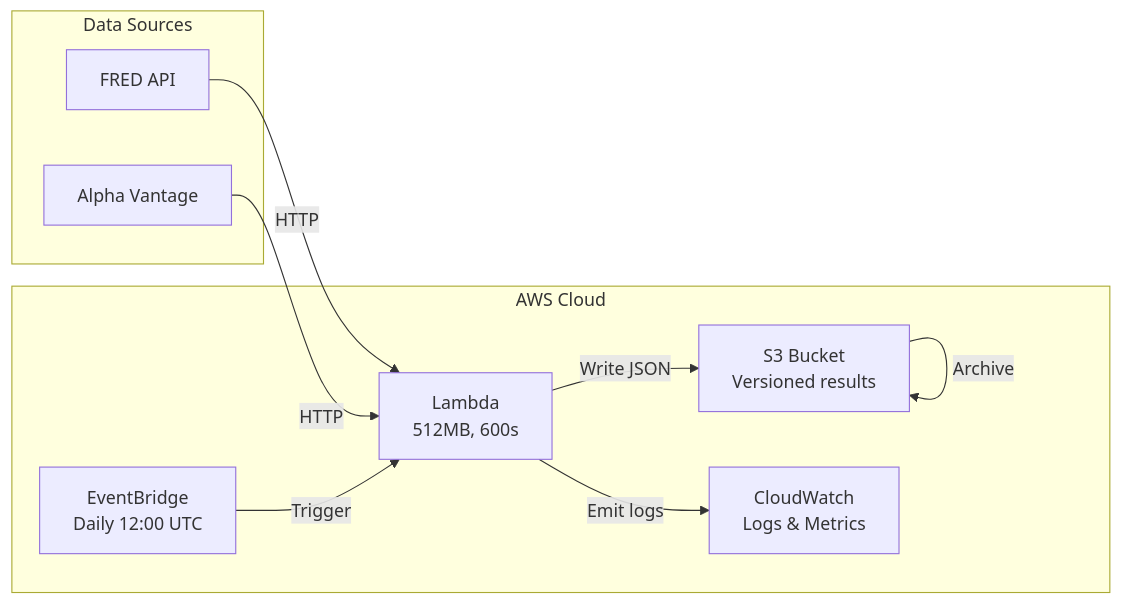
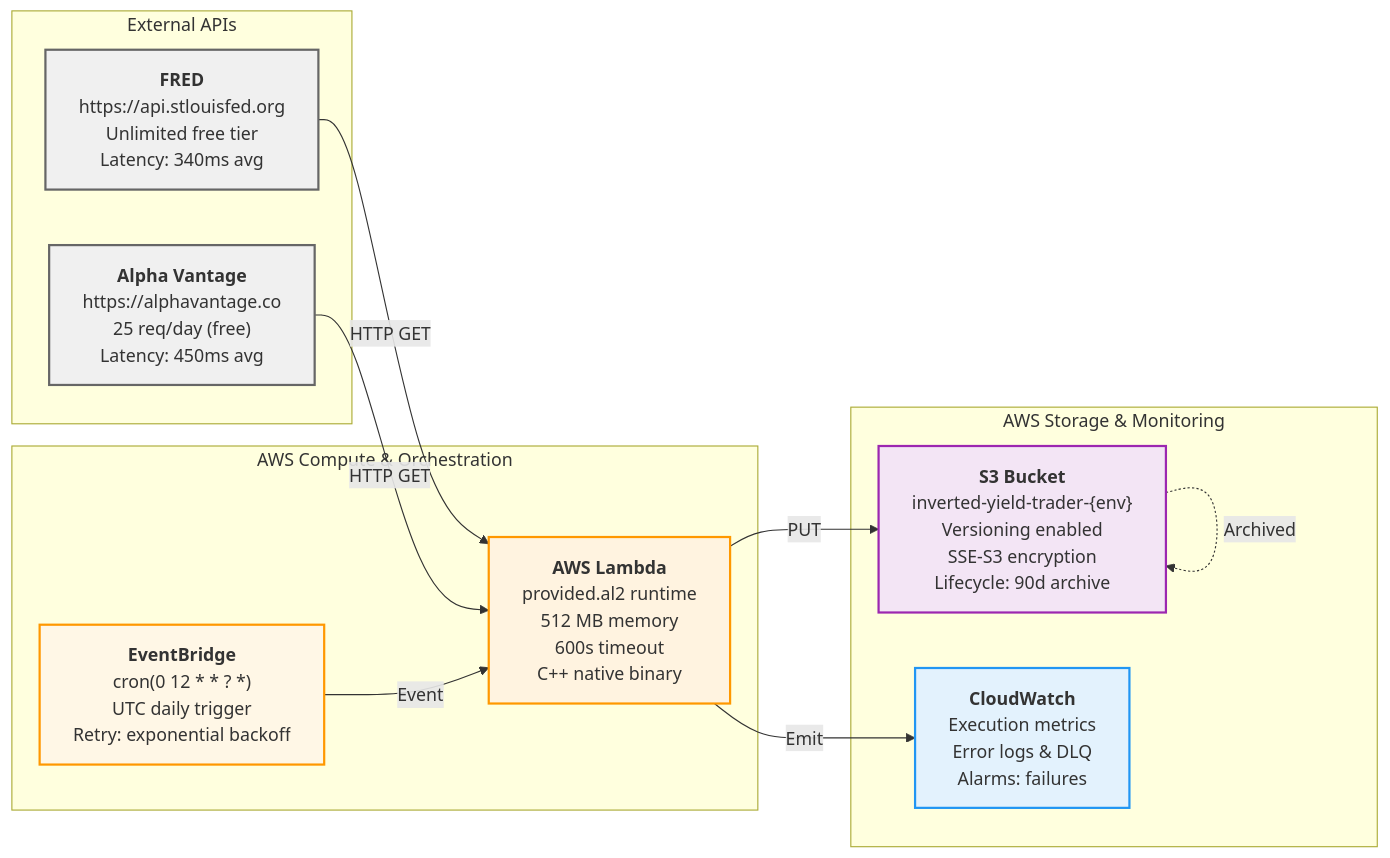
The third of 3 diagrams in README.md (RyanJHamby/InvertedYieldCurveTrader), drawn with Mermaid before and after one commit. The commit also changed other lines of this file, not shown here.

Commit message:
Clean up diagram for high level architecture

````diff
--- a/README.md
+++ b/README.md
@@ -144,21 +172,31 @@
 ```mermaid
 graph LR
-    subgraph "Data Sources"
-        FRED["FRED API"]
-        AV["Alpha Vantage"]
+    subgraph "External APIs"
+        FRED["<b>FRED</b><br/>https://api.stlouisfed.org<br/>Unlimited free tier<br/>Latency: 340ms avg"]
+        AV["<b>Alpha Vantage</b><br/>https://alphavantage.co<br/>25 req/day (free)<br/>Latency: 450ms avg"]
     end
 
-    subgraph "AWS Cloud"
-        EB["EventBridge<br/>Daily 12:00 UTC"]
-        Lambda["Lambda<br/>512MB, 600s"]
-        S3["S3 Bucket<br/>Versioned results"]
-        CW["CloudWatch<br/>Logs & Metrics"]
+    subgraph "AWS Compute & Orchestration"
+        EB["<b>EventBridge</b><br/>cron(0 12 * * ? *)<br/>UTC daily trigger<br/>Retry: exponential backoff"]
+        Lambda["<b>AWS Lambda</b><br/>provided.al2 runtime<br/>512 MB memory<br/>600s timeout<br/>C++ native binary"]
     end
 
-    FRED -->|HTTP| Lambda
-    AV -->|HTTP| Lambda
-    EB -->|Trigger| Lambda
-    Lambda -->|Write JSON| S3
-    Lambda -->|Emit logs| CW
-    S3 -->|Archive| S3
+    subgraph "AWS Storage & Monitoring"
+        S3["<b>S3 Bucket</b><br/>inverted-yield-trader-{env}<br/>Versioning enabled<br/>SSE-S3 encryption<br/>Lifecycle: 90d archive"]
+        CW["<b>CloudWatch</b><br/>Execution metrics<br/>Error logs & DLQ<br/>Alarms: failures"]
+    end
+
+    FRED -->|HTTP GET| Lambda
+    AV -->|HTTP GET| Lambda
+    EB -->|Event| Lambda
+    Lambda -->|PUT| S3
+    Lambda -->|Emit| CW
+    S3 -.->|Archived| S3
+
+    style FRED fill:#f0f0f0,stroke:#666,stroke-width:2px
+    style AV fill:#f0f0f0,stroke:#666,stroke-width:2px
+    style EB fill:#fff7e6,stroke:#ff9800,stroke-width:2px
+    style Lambda fill:#fff3e0,stroke:#ff9800,stroke-width:2px
+    style S3 fill:#f3e5f5,stroke:#9c27b0,stroke-width:2px
+    style CW fill:#e3f2fd,stroke:#2196f3,stroke-width:2px
 ```
````
